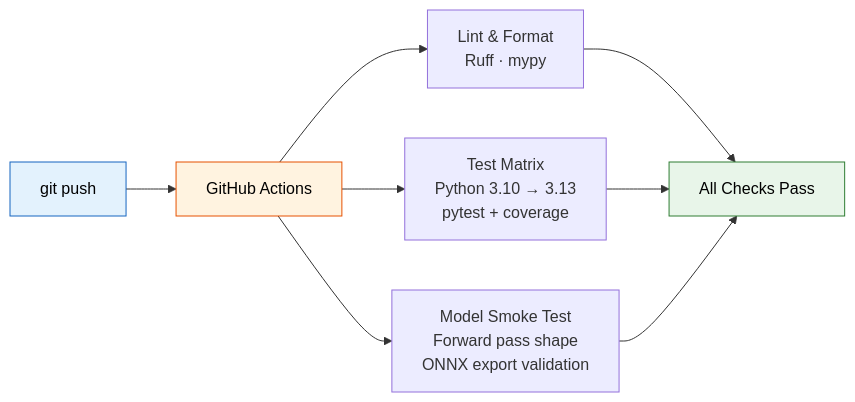
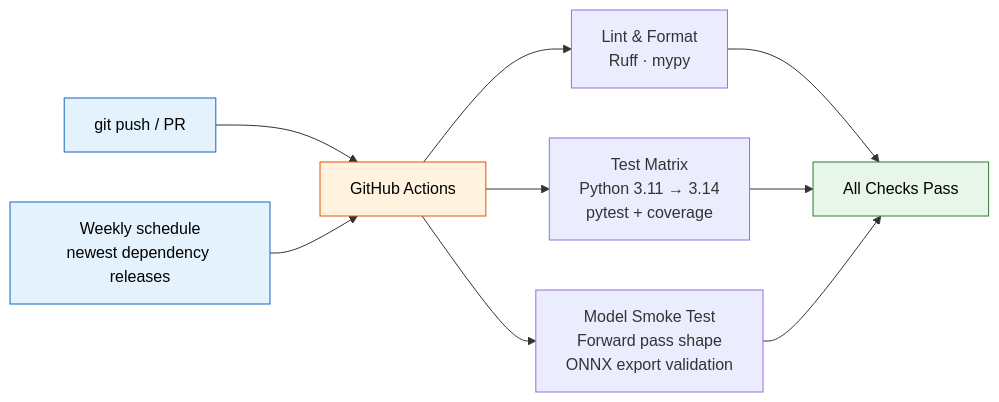
One commit to NeuralNomad7/satellite-change-detection changed the fourth of 4 diagrams in README.md. Above: the diagram before and after it, drawn with Mermaid. The commit also changed other lines of this file and 10 other files, not shown here.

First line of the commit message:
Drop Python 3.10 and refresh CI, pre-commit, and dependency floors

````diff
--- a/README.md
+++ b/README.md
@@ -140,16 +140,18 @@
 ```mermaid
 graph LR
-    PUSH["git push"] --> CI["GitHub Actions"]
+    PUSH["git push / PR"] --> CI["GitHub Actions"]
+    SCHED["Weekly schedule\nnewest dependency releases"] --> CI
 
     CI --> LINT["Lint & Format\nRuff · mypy"]
-    CI --> TEST["Test Matrix\nPython 3.10 → 3.13\npytest + coverage"]
+    CI --> TEST["Test Matrix\nPython 3.11 → 3.14\npytest + coverage"]
     CI --> SMOKE["Model Smoke Test\nForward pass shape\nONNX export validation"]
 
     LINT --> PASS["All Checks Pass"]
     TEST --> PASS
     SMOKE --> PASS
 
     style PUSH fill:#e3f2fd,stroke:#1565c0,color:#000
+    style SCHED fill:#e3f2fd,stroke:#1565c0,color:#000
     style CI fill:#fff3e0,stroke:#e65100,color:#000
     style PASS fill:#e8f5e9,stroke:#2e7d32,color:#000
 ```
````
